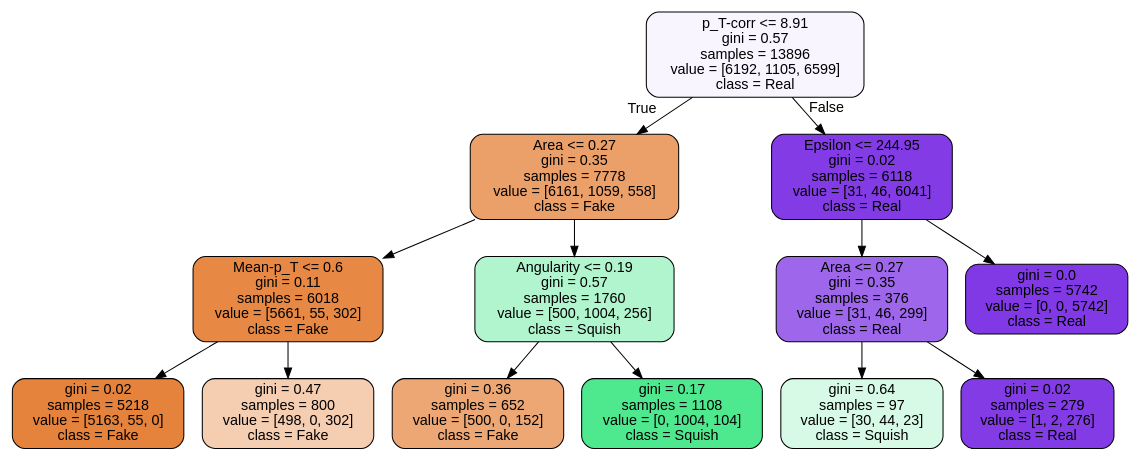
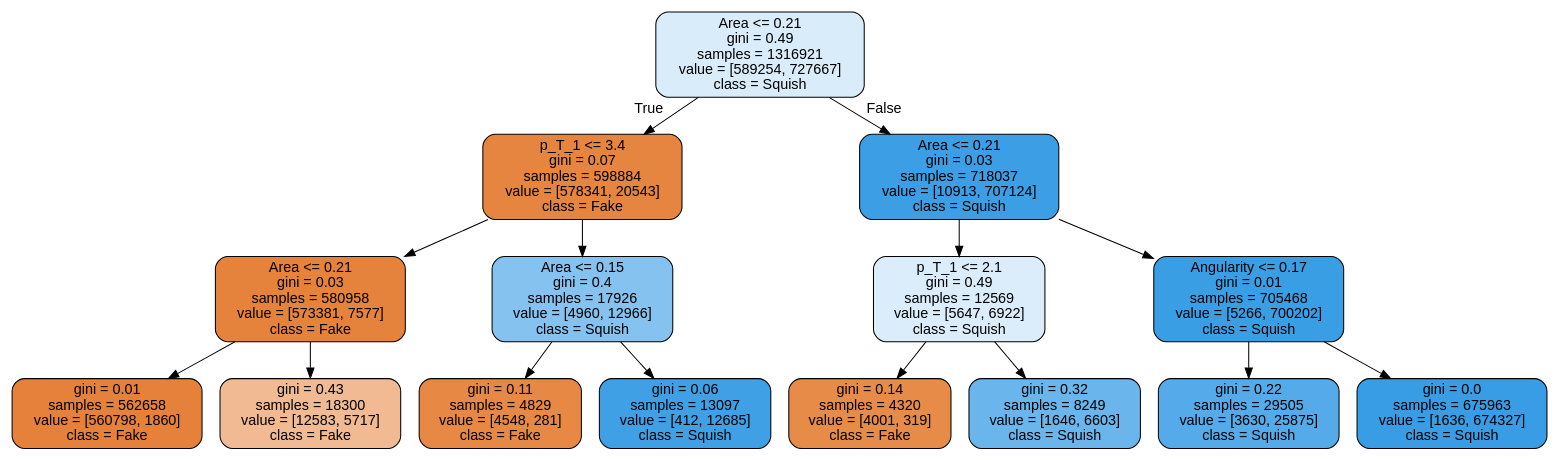
Before and after one commit to Steffanic/ML-Jet-BG-Subtraction: the diagram in Oracles/Oracle_0.3_20.dot, drawn with Graphviz. The commit also changed 61 other files, not shown here.

```diff
--- a/Oracles/Oracle_0.3_20.dot
+++ b/Oracles/Oracle_0.3_20.dot
@@ -1,29 +1,33 @@
 digraph Tree {
 node [shape=box, style="filled, rounded", color="black", fontname=helvetica] ;
 edge [fontname=helvetica] ;
-0 [label="p_T-corr <= 8.91\ngini = 0.57\nsamples = 13896\nvalue = [6192, 1105, 6599]\nclass = Real", fillcolor="#f8f5fe"] ;
-1 [label="Area <= 0.27\ngini = 0.35\nsamples = 7778\nvalue = [6161, 1059, 558]\nclass = Fake", fillcolor="#eb9f69"] ;
+0 [label="Area <= 0.21\ngini = 0.49\nsamples = 1316921\nvalue = [589254, 727667]\nclass = Squish", fillcolor="#d9ecfa"] ;
+1 [label="p_T_1 <= 3.4\ngini = 0.07\nsamples = 598884\nvalue = [578341, 20543]\nclass = Fake", fillcolor="#e68540"] ;
 0 -> 1 [labeldistance=2.5, labelangle=45, headlabel="True"] ;
-2 [label="Mean-p_T <= 0.6\ngini = 0.11\nsamples = 6018\nvalue = [5661, 55, 302]\nclass = Fake", fillcolor="#e78945"] ;
+2 [label="Area <= 0.21\ngini = 0.03\nsamples = 580958\nvalue = [573381, 7577]\nclass = Fake", fillcolor="#e5833c"] ;
 1 -> 2 ;
-3 [label="gini = 0.02\nsamples = 5218\nvalue = [5163, 55, 0]\nclass = Fake", fillcolor="#e5823b"] ;
+3 [label="gini = 0.01\nsamples = 562658\nvalue = [560798, 1860]\nclass = Fake", fillcolor="#e5813a"] ;
 2 -> 3 ;
-4 [label="gini = 0.47\nsamples = 800\nvalue = [498, 0, 302]\nclass = Fake", fillcolor="#f5cdb1"] ;
+4 [label="gini = 0.43\nsamples = 18300\nvalue = [12583, 5717]\nclass = Fake", fillcolor="#f1ba93"] ;
 2 -> 4 ;
-5 [label="Angularity <= 0.19\ngini = 0.57\nsamples = 1760\nvalue = [500, 1004, 256]\nclass = Squish", fillcolor="#b0f5cd"] ;
+5 [label="Area <= 0.15\ngini = 0.4\nsamples = 17926\nvalue = [4960, 12966]\nclass = Squish", fillcolor="#85c2ef"] ;
 1 -> 5 ;
-6 [label="gini = 0.36\nsamples = 652\nvalue = [500, 0, 152]\nclass = Fake", fillcolor="#eda775"] ;
+6 [label="gini = 0.11\nsamples = 4829\nvalue = [4548, 281]\nclass = Fake", fillcolor="#e78945"] ;
 5 -> 6 ;
-7 [label="gini = 0.17\nsamples = 1108\nvalue = [0, 1004, 104]\nclass = Squish", fillcolor="#4ee88e"] ;
+7 [label="gini = 0.06\nsamples = 13097\nvalue = [412, 12685]\nclass = Squish", fillcolor="#3fa0e6"] ;
 5 -> 7 ;
-8 [label="Epsilon <= 244.95\ngini = 0.02\nsamples = 6118\nvalue = [31, 46, 6041]\nclass = Real", fillcolor="#833ce5"] ;
+8 [label="Area <= 0.21\ngini = 0.03\nsamples = 718037\nvalue = [10913, 707124]\nclass = Squish", fillcolor="#3c9fe5"] ;
 0 -> 8 [labeldistance=2.5, labelangle=-45, headlabel="False"] ;
-9 [label="Area <= 0.27\ngini = 0.35\nsamples = 376\nvalue = [31, 46, 299]\nclass = Real", fillcolor="#9e67eb"] ;
+9 [label="p_T_1 <= 2.1\ngini = 0.49\nsamples = 12569\nvalue = [5647, 6922]\nclass = Squish", fillcolor="#dbedfa"] ;
 8 -> 9 ;
-10 [label="gini = 0.64\nsamples = 97\nvalue = [30, 44, 23]\nclass = Squish", fillcolor="#d6fae5"] ;
+10 [label="gini = 0.14\nsamples = 4320\nvalue = [4001, 319]\nclass = Fake", fillcolor="#e78b49"] ;
 9 -> 10 ;
-11 [label="gini = 0.02\nsamples = 279\nvalue = [1, 2, 276]\nclass = Real", fillcolor="#823be5"] ;
+11 [label="gini = 0.32\nsamples = 8249\nvalue = [1646, 6603]\nclass = Squish", fillcolor="#6ab5eb"] ;
 9 -> 11 ;
-12 [label="gini = 0.0\nsamples = 5742\nvalue = [0, 0, 5742]\nclass = Real", fillcolor="#8139e5"] ;
+12 [label="Angularity <= 0.17\ngini = 0.01\nsamples = 705468\nvalue = [5266, 700202]\nclass = Squish", fillcolor="#3a9ee5"] ;
 8 -> 12 ;
+13 [label="gini = 0.22\nsamples = 29505\nvalue = [3630, 25875]\nclass = Squish", fillcolor="#55abe9"] ;
+12 -> 13 ;
+14 [label="gini = 0.0\nsamples = 675963\nvalue = [1636, 674327]\nclass = Squish", fillcolor="#399de5"] ;
+12 -> 14 ;
 }
```
